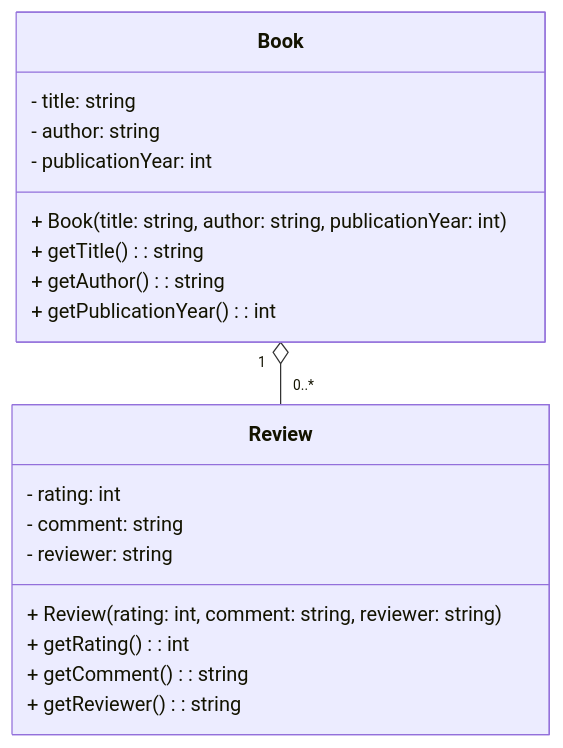
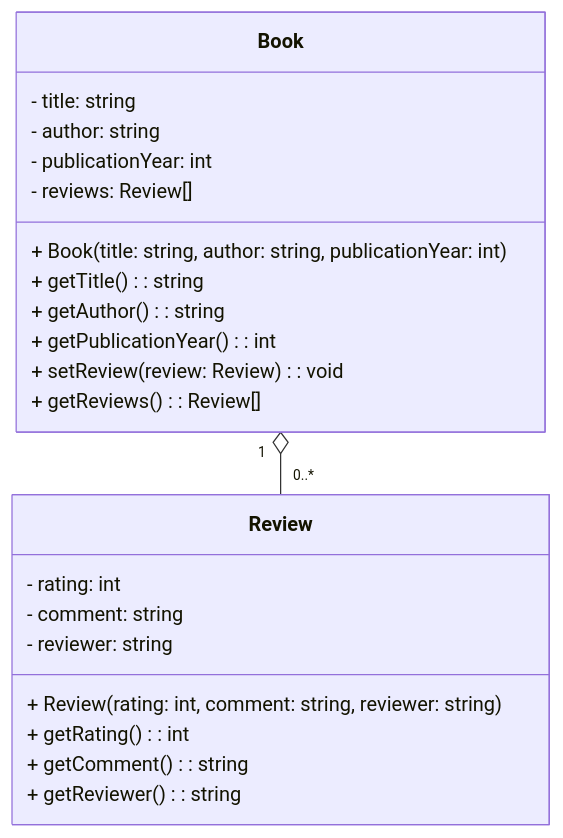
One commit to mgportada/DiagramasUML changed the ninth of 20 diagrams in 01diagramaClases/Teoria.md. Above: the diagram before and after it, drawn with Mermaid.

Commit message:
minor fix

````diff
--- a/01diagramaClases/Teoria.md
+++ b/01diagramaClases/Teoria.md
@@ -211,25 +211,28 @@
 ```mermaid
 classDiagram
     class Book {
         - title: string
         - author: string
         - publicationYear: int
+        - reviews: Review[]
         + Book(title: string, author: string, publicationYear: int)
         + getTitle(): string
         + getAuthor(): string
         + getPublicationYear(): int
+        + setReview(review: Review): void
+        + getReviews(): Review[]
     }
 
     class Review {
         - rating: int
         - comment: string
         - reviewer: string
         + Review(rating: int, comment: string, reviewer: string)
         + getRating(): int
         + getComment(): string
         + getReviewer(): string
     }
 
     Book "1" o-- "0..*" Review
 
 ```
````
